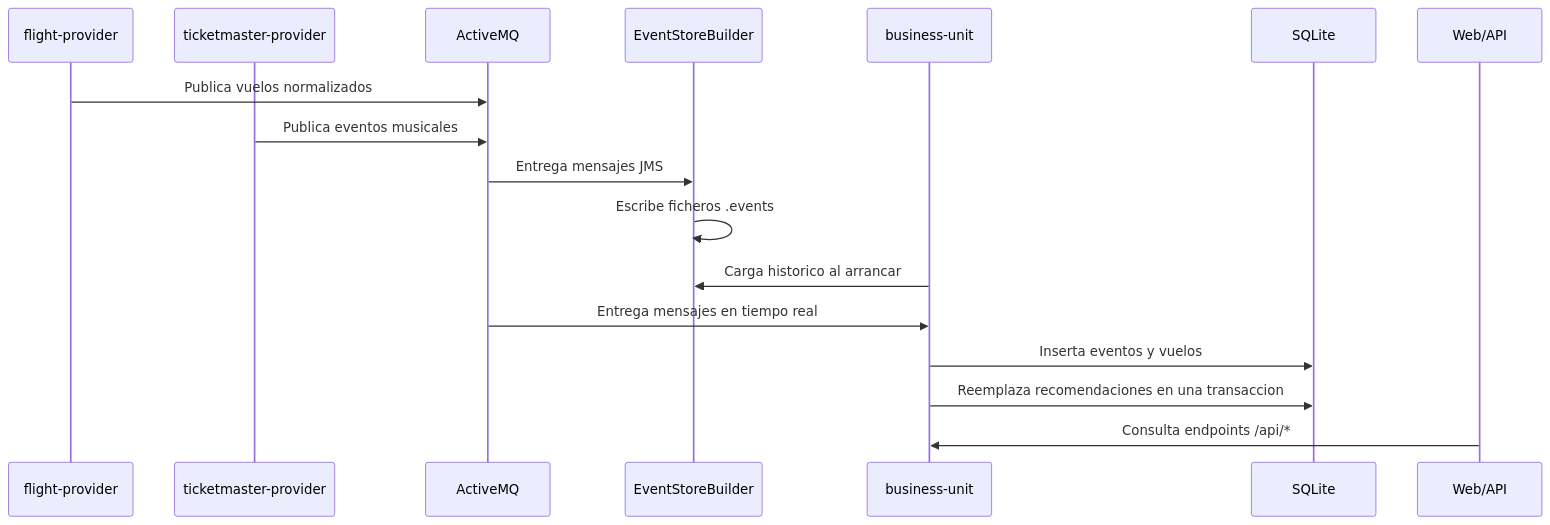
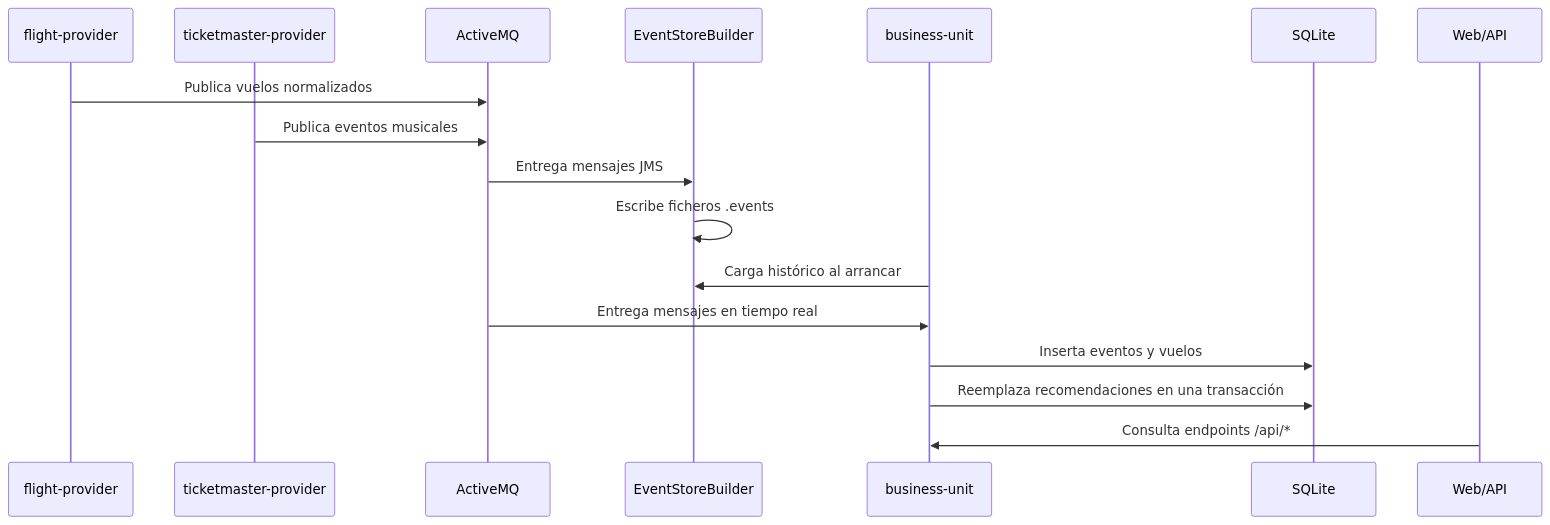
The first of 7 diagrams in README.md (Commit-Crew-DACD/trabajo_DACD), drawn with Mermaid before and after one commit. The commit also changed other lines of this file, not shown here.

````diff
--- a/README.md
+++ b/README.md
@@ -41,20 +88,20 @@
 ```mermaid
 sequenceDiagram
     participant FP as flight-provider
     participant TP as ticketmaster-provider
     participant MQ as ActiveMQ
     participant ES as EventStoreBuilder
     participant BU as business-unit
     participant DB as SQLite
     participant UI as Web/API
 
     FP->>MQ: Publica vuelos normalizados
     TP->>MQ: Publica eventos musicales
     MQ->>ES: Entrega mensajes JMS
     ES->>ES: Escribe ficheros .events
-    BU->>ES: Carga historico al arrancar
+    BU->>ES: Carga histórico al arrancar
     MQ->>BU: Entrega mensajes en tiempo real
     BU->>DB: Inserta eventos y vuelos
-    BU->>DB: Reemplaza recomendaciones en una transaccion
+    BU->>DB: Reemplaza recomendaciones en una transacción
     UI->>BU: Consulta endpoints /api/*
 ```
````
